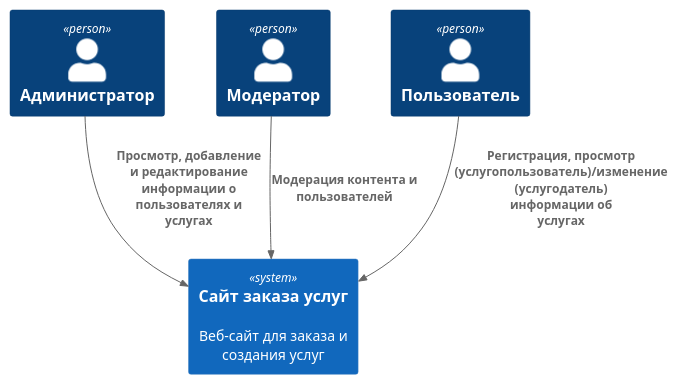
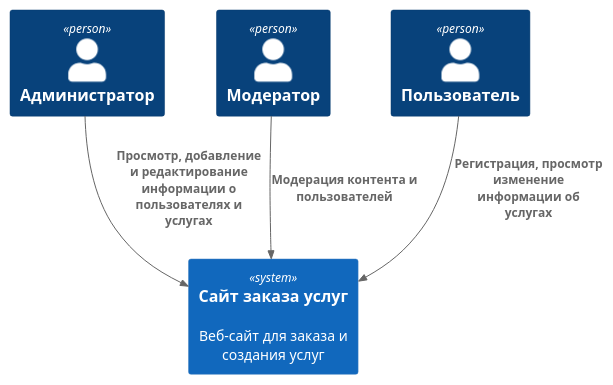
The diagram in context.md (GitGood2000/hl_mai_lab_00), drawn with PlantUML before and after one commit. The commit also changed 7 other files, not shown here.

````diff
--- a/context.md
+++ b/context.md
@@ -4,20 +4,20 @@
 ```plantuml
 @startuml
 !include https://raw.githubusercontent.com/plantuml-stdlib/C4-PlantUML/master/C4_Container.puml
 
 Person(admin, "Администратор")
 Person(moderator, "Модератор")
 Person(user, "Пользователь")
 
 System(conference_site, "Сайт заказа услуг", "Веб-сайт для заказа и создания услуг")
 
 
 
 Rel(admin, conference_site, "Просмотр, добавление и редактирование информации о пользователях и услугах")
 Rel(moderator, conference_site, "Модерация контента и пользователей")
-Rel(user, conference_site, "Регистрация, просмотр (услугопользователь)/изменение (услугодатель) информации об услугах")
+Rel(user, conference_site, "Регистрация, просмотр изменение информации об услугах")
 
 
 
 @enduml
 ```
````
